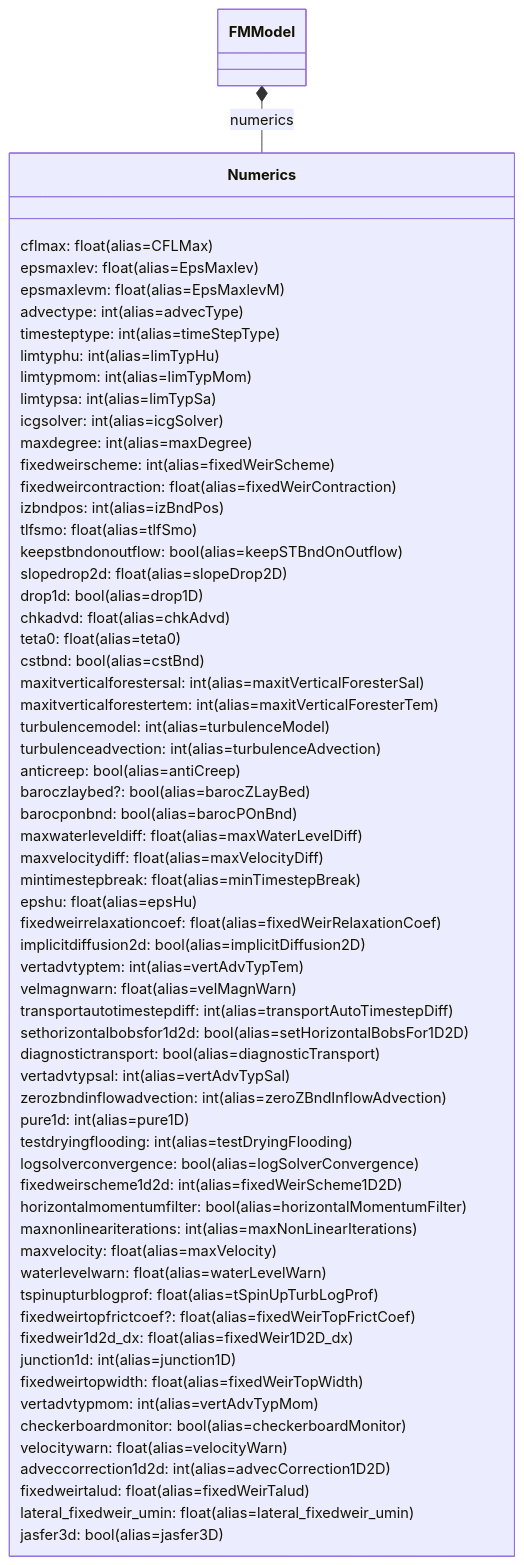
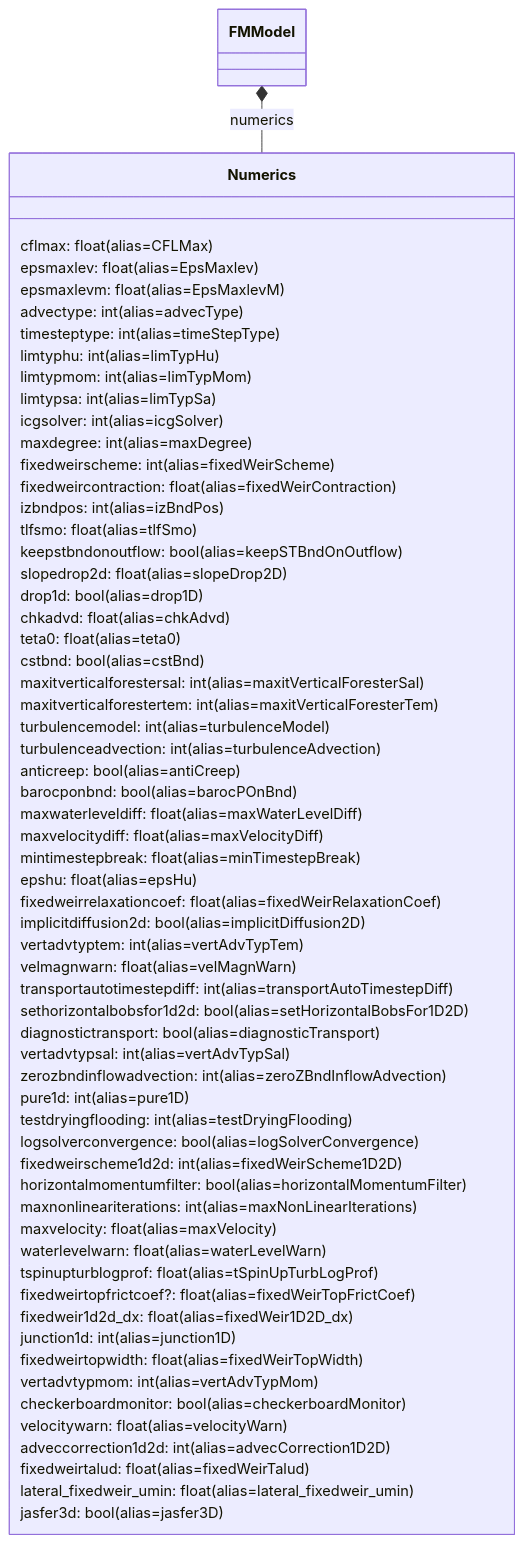
The third of 8 diagrams in docs/reference/dflowfm/mdu/fm-model-attributes-detailed.md (Deltares/HYDROLIB-core), drawn with Mermaid before and after one commit. The commit also changed 2 other files, not shown here.

Commit message:
feat(models): remove deprecated 'baroczlaybed' field from model attributes

````diff
--- a/docs/reference/dflowfm/mdu/fm-model-attributes-detailed.md
+++ b/docs/reference/dflowfm/mdu/fm-model-attributes-detailed.md
@@ -213,71 +213,70 @@
 ```mermaid
 classDiagram
     direction TB
 
     class Numerics {
       cflmax: float (alias=CFLMax)
       epsmaxlev: float (alias=EpsMaxlev)
       epsmaxlevm: float (alias=EpsMaxlevM)
       advectype: int (alias=advecType)
       timesteptype: int (alias=timeStepType)
       limtyphu: int (alias=limTypHu)
       limtypmom: int (alias=limTypMom)
       limtypsa: int (alias=limTypSa)
       icgsolver: int (alias=icgSolver)
       maxdegree: int (alias=maxDegree)
       fixedweirscheme: int (alias=fixedWeirScheme)
       fixedweircontraction: float (alias=fixedWeirContraction)
       izbndpos: int (alias=izBndPos)
       tlfsmo: float (alias=tlfSmo)
       keepstbndonoutflow: bool (alias=keepSTBndOnOutflow)
       slopedrop2d: float (alias=slopeDrop2D)
       drop1d: bool (alias=drop1D)
       chkadvd: float (alias=chkAdvd)
       teta0: float (alias=teta0)
       cstbnd: bool (alias=cstBnd)
       maxitverticalforestersal: int (alias=maxitVerticalForesterSal)
       maxitverticalforestertem: int (alias=maxitVerticalForesterTem)
       turbulencemodel: int (alias=turbulenceModel)
       turbulenceadvection: int (alias=turbulenceAdvection)
       anticreep: bool (alias=antiCreep)
-      baroczlaybed?: bool (alias=barocZLayBed)
       barocponbnd: bool (alias=barocPOnBnd)
       maxwaterleveldiff: float (alias=maxWaterLevelDiff)
       maxvelocitydiff: float (alias=maxVelocityDiff)
       mintimestepbreak: float (alias=minTimestepBreak)
       epshu: float (alias=epsHu)
       fixedweirrelaxationcoef: float (alias=fixedWeirRelaxationCoef)
       implicitdiffusion2d: bool (alias=implicitDiffusion2D)
       vertadvtyptem: int (alias=vertAdvTypTem)
       velmagnwarn: float (alias=velMagnWarn)
       transportautotimestepdiff: int (alias=transportAutoTimestepDiff)
       sethorizontalbobsfor1d2d: bool (alias=setHorizontalBobsFor1D2D)
       diagnostictransport: bool (alias=diagnosticTransport)
       vertadvtypsal: int (alias=vertAdvTypSal)
       zerozbndinflowadvection: int (alias=zeroZBndInflowAdvection)
       pure1d: int (alias=pure1D)
       testdryingflooding: int (alias=testDryingFlooding)
       logsolverconvergence: bool (alias=logSolverConvergence)
       fixedweirscheme1d2d: int (alias=fixedWeirScheme1D2D)
       horizontalmomentumfilter: bool (alias=horizontalMomentumFilter)
       maxnonlineariterations: int (alias=maxNonLinearIterations)
       maxvelocity: float (alias=maxVelocity)
       waterlevelwarn: float (alias=waterLevelWarn)
       tspinupturblogprof: float (alias=tSpinUpTurbLogProf)
       fixedweirtopfrictcoef?: float (alias=fixedWeirTopFrictCoef)
       fixedweir1d2d_dx: float (alias=fixedWeir1D2D_dx)
       junction1d: int (alias=junction1D)
       fixedweirtopwidth: float (alias=fixedWeirTopWidth)
       vertadvtypmom: int (alias=vertAdvTypMom)
       checkerboardmonitor: bool (alias=checkerboardMonitor)
       velocitywarn: float (alias=velocityWarn)
       adveccorrection1d2d: int (alias=advecCorrection1D2D)
       fixedweirtalud: float (alias=fixedWeirTalud)
       lateral_fixedweir_umin: float (alias=lateral_fixedweir_umin)
       jasfer3d: bool (alias=jasfer3D)
     }
 
     %% Connect to FMModel like in the consolidated overview
     class FMModel
     FMModel *-- Numerics : numerics
 ```
````
